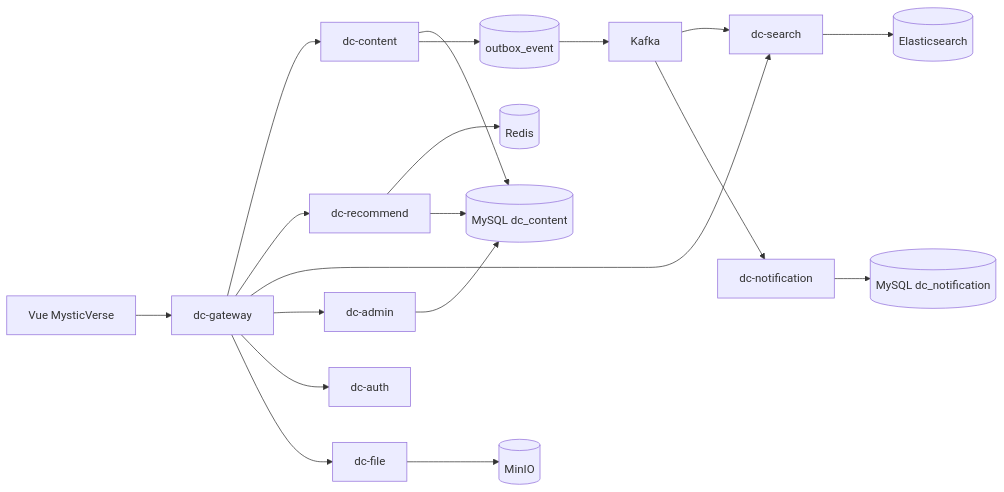
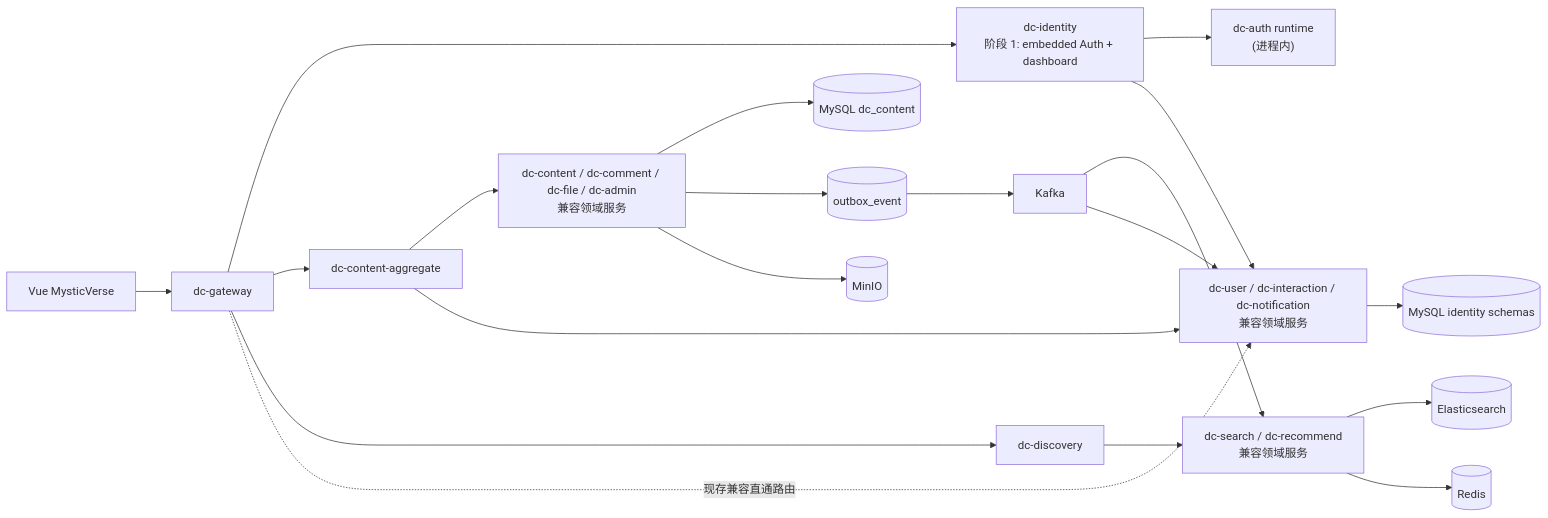
Before and after one commit to wangyufanshuai/DevCircle: the diagram in docs/technical-specification.md, drawn with Mermaid. The commit also changed other lines of this file and 5 other files, not shown here.

Commit message:
docs(identity): bind auth convergence evidence

````diff
--- a/docs/technical-specification.md
+++ b/docs/technical-specification.md
@@ -26,22 +29,24 @@
 ```mermaid
 flowchart LR
   Web["Vue MysticVerse"] --> Gateway["dc-gateway"]
-  Gateway --> Content["dc-content"]
-  Gateway --> Recommend["dc-recommend"]
-  Gateway --> Search["dc-search"]
-  Gateway --> Admin["dc-admin"]
-  Gateway --> Auth["dc-auth"]
-  Gateway --> File["dc-file"]
+  Gateway --> Identity["dc-identity<br/>阶段 1: embedded Auth + dashboard"]
+  Gateway --> ContentAggregate["dc-content-aggregate"]
+  Gateway --> Discovery["dc-discovery"]
 
-  Content --> MySQLContent[("MySQL dc_content")]
-  Content --> Outbox[("outbox_event")]
+  Identity --> AuthRuntime["dc-auth runtime<br/>(进程内)"]
+  Identity --> IdentityLegacy["dc-user / dc-interaction / dc-notification<br/>兼容领域服务"]
+  ContentAggregate --> ContentLegacy["dc-content / dc-comment / dc-file / dc-admin<br/>兼容领域服务"]
+  ContentAggregate --> IdentityLegacy
+  Discovery --> DiscoveryLegacy["dc-search / dc-recommend<br/>兼容领域服务"]
+  Gateway -. "现存兼容直通路由" .-> IdentityLegacy
+
+  ContentLegacy --> MySQLContent[("MySQL dc_content")]
+  ContentLegacy --> Outbox[("outbox_event")]
   Outbox --> Kafka["Kafka"]
-  Kafka --> Search
-  Search --> ES[("Elasticsearch")]
-  Recommend --> Redis[("Redis")]
-  Recommend --> MySQLContent
-  Admin --> MySQLContent
-  Kafka --> Notify["dc-notification"]
-  Notify --> MySQLNotify[("MySQL dc_notification")]
-  File --> MinIO[("MinIO")]
+  Kafka --> DiscoveryLegacy
+  Kafka --> IdentityLegacy
+  DiscoveryLegacy --> ES[("Elasticsearch")]
+  DiscoveryLegacy --> Redis[("Redis")]
+  IdentityLegacy --> MySQLIdentity[("MySQL identity schemas")]
+  ContentLegacy --> MinIO[("MinIO")]
 ```
````
